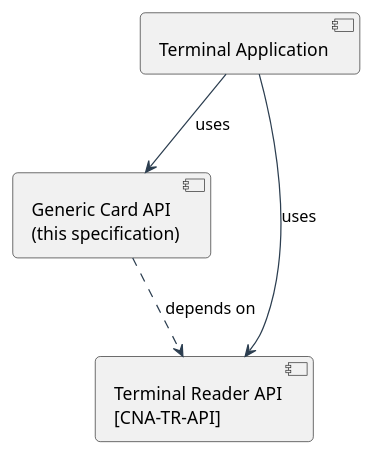
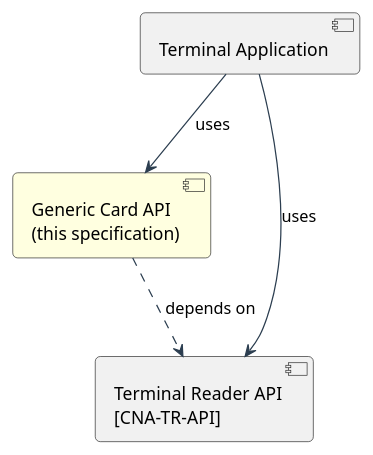
The first of 2 diagrams in api_specification.adoc (calypsonet/calypsonet-terminal-genericcard-uml-api), drawn with PlantUML before and after one commit.

```diff
--- a/api_specification.adoc
+++ b/api_specification.adoc
@@ -253,16 +253,16 @@
 [plantuml, target=architecture-overview, format=svg]
 ....
 @startuml
 skinparam shadowing false
 skinparam roundCorner 8
 skinparam ArrowColor #2C3E50
 
 component "Terminal Application" as App
-component "Generic Card API\n(this specification)" as GC
+component "Generic Card API\n(this specification)" as GC #LightYellow
 component "Terminal Reader API\n[CNA-TR-API]" as TR
 
 App --> GC : uses
 App --> TR : uses
 GC  ..> TR : depends on
 @enduml
 ....
```
